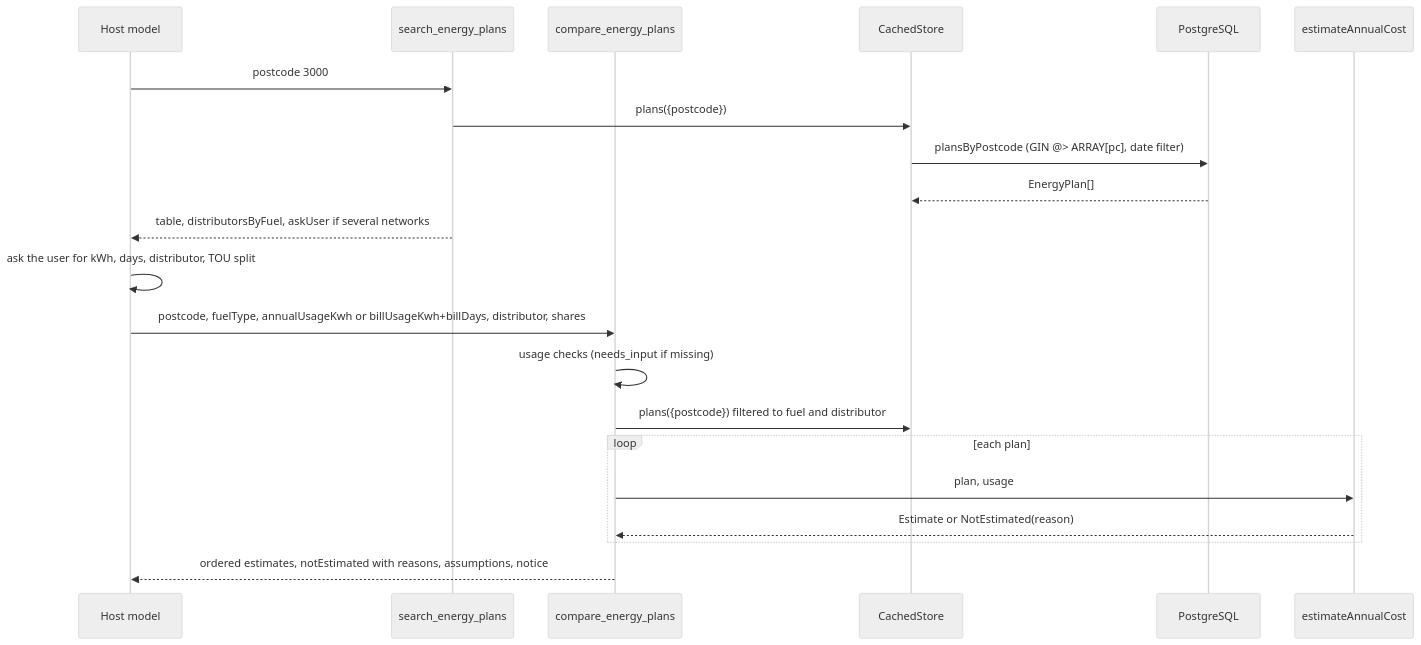
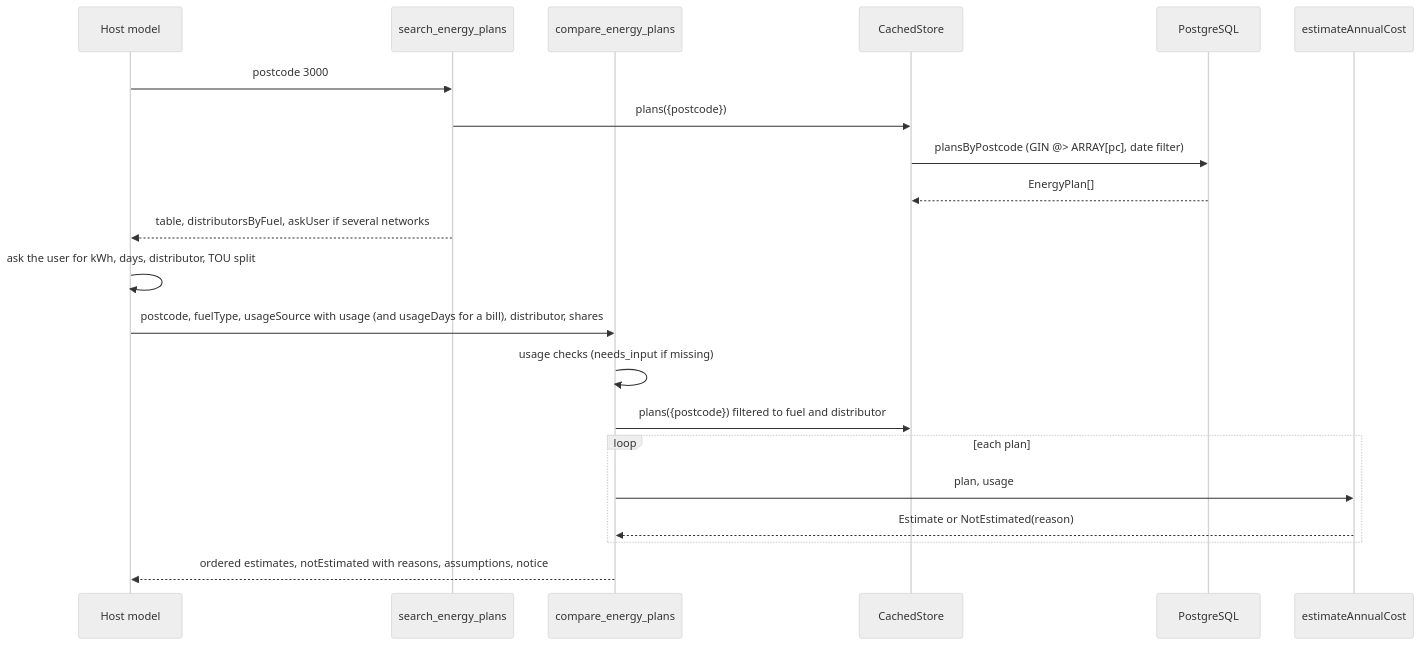
The fourth of 4 diagrams in docs/areas/energy-plans.md (feimacode/askrighto), drawn with Mermaid (neutral theme) before and after one commit. The commit also changed other lines of this file and 23 other files, not shown here.

````diff
--- a/docs/areas/energy-plans.md
+++ b/docs/areas/energy-plans.md
@@ -238,23 +238,23 @@
 ```mermaid
 sequenceDiagram
   participant H as Host model
   participant S as search_energy_plans
   participant C as compare_energy_plans
   participant St as CachedStore
   participant PG as PostgreSQL
   participant Calc as estimateAnnualCost
   H->>S: postcode 3000
   S->>St: plans({postcode})
   St->>PG: plansByPostcode (GIN @> ARRAY[pc], date filter)
   PG-->>St: EnergyPlan[]
   S-->>H: table, distributorsByFuel, askUser if several networks
   H->>H: ask the user for kWh, days, distributor, TOU split
-  H->>C: postcode, fuelType, annualUsageKwh or billUsageKwh+billDays, distributor, shares
+  H->>C: postcode, fuelType, usageSource with usage (and usageDays for a bill), distributor, shares
   C->>C: usage checks (needs_input if missing)
   C->>St: plans({postcode}) filtered to fuel and distributor
   loop each plan
     C->>Calc: plan, usage
     Calc-->>C: Estimate or NotEstimated(reason)
   end
   C-->>H: ordered estimates, notEstimated with reasons, assumptions, notice
 ```
````
